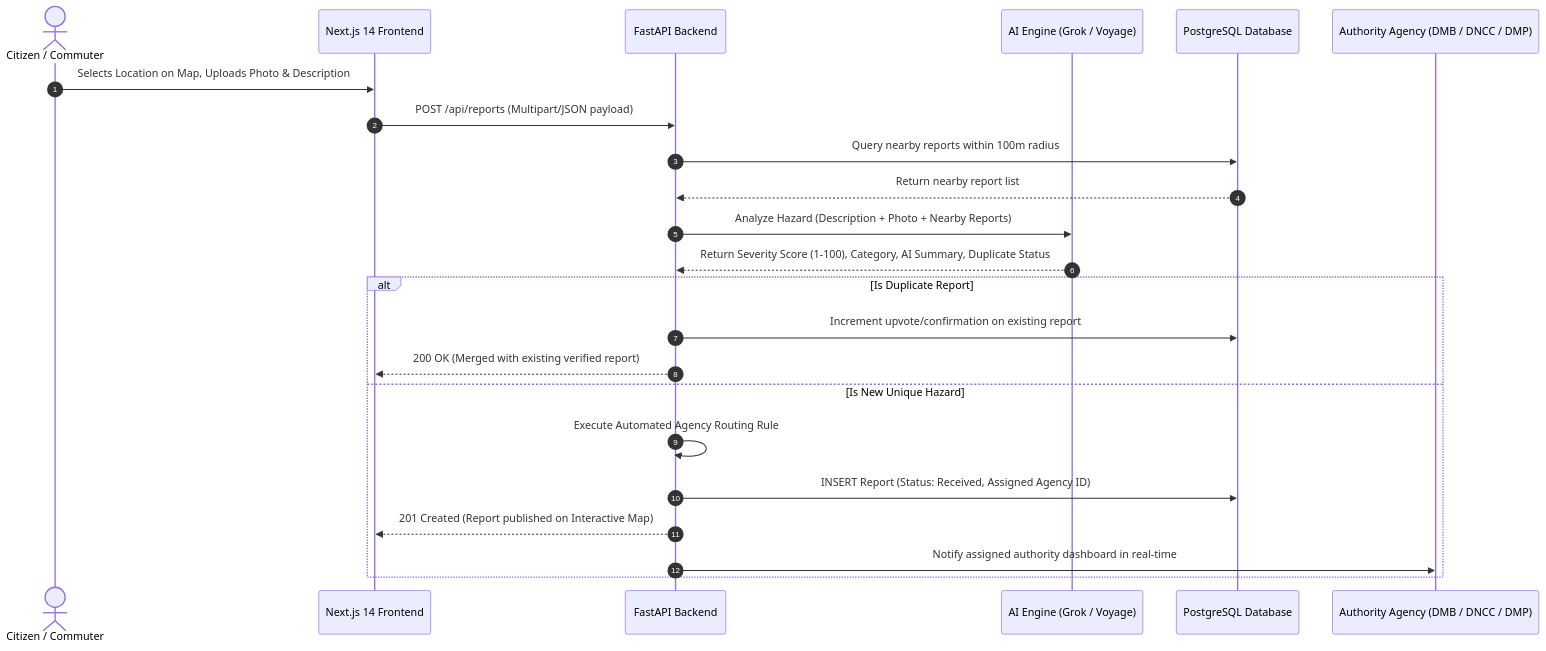
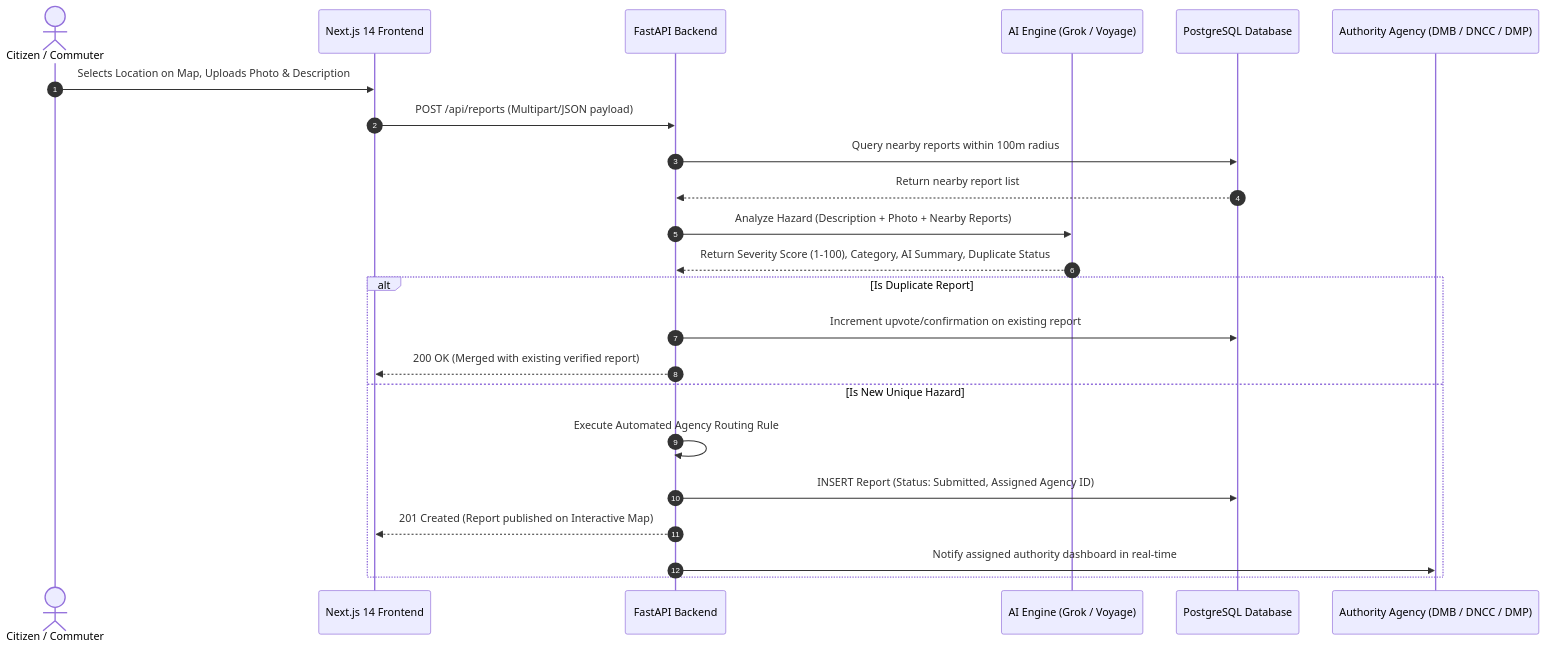
One commit to meherabhossainmmh-lang/Trojan_Horse changed the first of 2 diagrams in docs/WORKFLOW_DIAGRAM.md. Above: the diagram before and after it, drawn with Mermaid. The commit also changed other lines of this file and 9 other files, not shown here.

````diff
--- a/docs/WORKFLOW_DIAGRAM.md
+++ b/docs/WORKFLOW_DIAGRAM.md
@@ -9,28 +9,28 @@
 ```mermaid
 sequenceDiagram
     autonumber
     actor Citizen as Citizen / Commuter
     participant UI as Next.js 14 Frontend
     participant API as FastAPI Backend
     participant AI as AI Engine (Grok / Voyage)
     participant DB as PostgreSQL Database
     participant Auth as Authority Agency (DMB / DNCC / DMP)
 
     Citizen->>UI: Selects Location on Map, Uploads Photo & Description
     UI->>API: POST /api/reports (Multipart/JSON payload)
     API->>DB: Query nearby reports within 100m radius
     DB-->>API: Return nearby report list
     
     API->>AI: Analyze Hazard (Description + Photo + Nearby Reports)
     AI-->>API: Return Severity Score (1-100), Category, AI Summary, Duplicate Status
     
     alt Is Duplicate Report
         API->>DB: Increment upvote/confirmation on existing report
         API-->>UI: 200 OK (Merged with existing verified report)
     else Is New Unique Hazard
         API->>API: Execute Automated Agency Routing Rule
-        API->>DB: INSERT Report (Status: Received, Assigned Agency ID)
+        API->>DB: INSERT Report (Status: Submitted, Assigned Agency ID)
         API-->>UI: 201 Created (Report published on Interactive Map)
         API->>Auth: Notify assigned authority dashboard in real-time
     end
 ```
````
